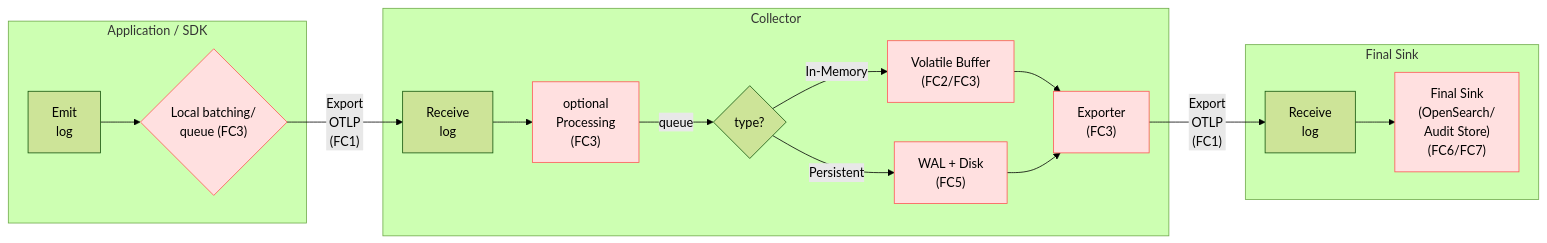
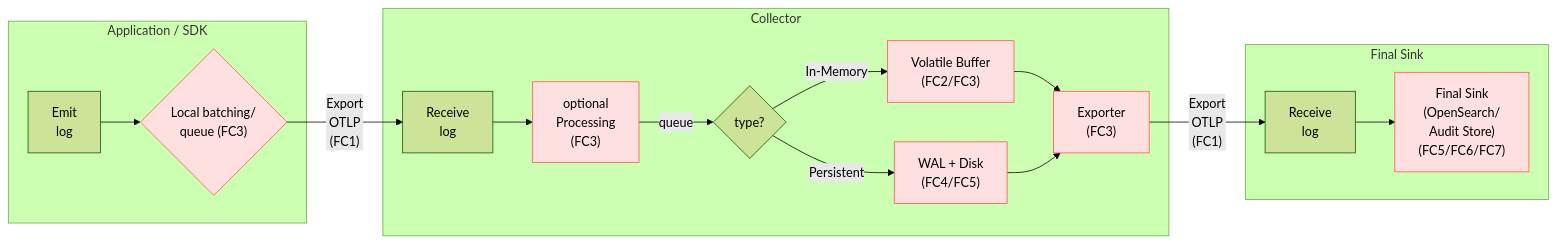
The first of 2 diagrams in docs/community-proposal.md (apeirora/audit-log-poc-for-otel), drawn with Mermaid (forest theme) before and after one commit.

Commit message:
mised Failure Classes

````diff
--- a/docs/community-proposal.md
+++ b/docs/community-proposal.md
@@ -50,30 +50,30 @@
 ```mermaid
 flowchart LR
   subgraph APP[Application / SDK]
     A[Emit<br/>log]
     A --> B{"Local batching/<br/>queue (FC3)"}
   end
   B -->|"Export<br/>OTLP<br/>(FC1)"| C[Receive<br/>log]
   subgraph Collector[Collector]
     C --> D["optional<br/>Processing<br/>(FC3)"]
     D -->|queue| E{type?}
     E -->|In-Memory| F1["Volatile Buffer<br/>(FC2/FC3)"]
-    E -->|Persistent| F2["WAL + Disk<br/>(FC5)"]
+    E -->|Persistent| F2["WAL + Disk<br/>(FC4/FC5)"]
     F1 --> G["Exporter<br/>(FC3)"]
     F2 --> G
   end
   G -->|"Export<br/>OTLP<br/>(FC1)"| H[Receive<br/>log]
   subgraph Sink[Final Sink]
-    H --> I["Final Sink<br/>(OpenSearch/<br/>Audit Store)<br/>(FC6/FC7)"]
+    H --> I["Final Sink<br/>(OpenSearch/<br/>Audit Store)<br/>(FC5/FC6/FC7)"]
   end
 
   %% Loss points annotations
   D:::lossPoint
   B:::lossPoint
   F1:::lossPoint
   F2:::lossPoint
   G:::lossPoint
   I:::lossPoint
 
   classDef lossPoint fill:#ffe0e0,stroke:#ff5555,stroke-width:1px
 ```
````
